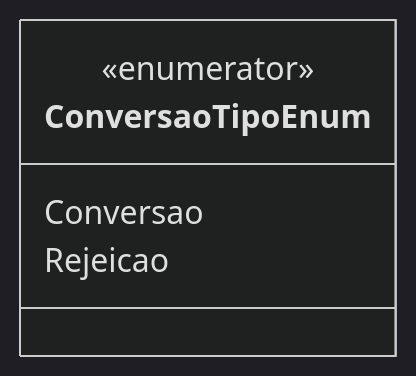
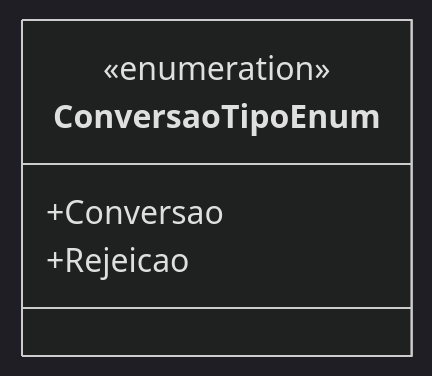
One commit to IsthmusSistemas/documentacao-tecnica changed the diagram in docs/b2b-dominio/IsthmusWinthor.Nucleo/IsthmusWinthor.Dominio/Enumeradores/ConversaoTipoEnum.md. Above: the diagram before and after it, drawn with Mermaid (dark theme). The commit also changed other lines of this file and 882 other files, not shown here.

````diff
--- a/docs/b2b-dominio/IsthmusWinthor.Nucleo/IsthmusWinthor.Dominio/Enumeradores/ConversaoTipoEnum.md
+++ b/docs/b2b-dominio/IsthmusWinthor.Nucleo/IsthmusWinthor.Dominio/Enumeradores/ConversaoTipoEnum.md
@@ -12,8 +12,8 @@
 ```mermaid
 classDiagram
     class ConversaoTipoEnum {
-      <<enumerator>>
-      Conversao
-      Rejeicao
+        <<enumeration>>
+        +Conversao
+        +Rejeicao
     }
 ```
````
